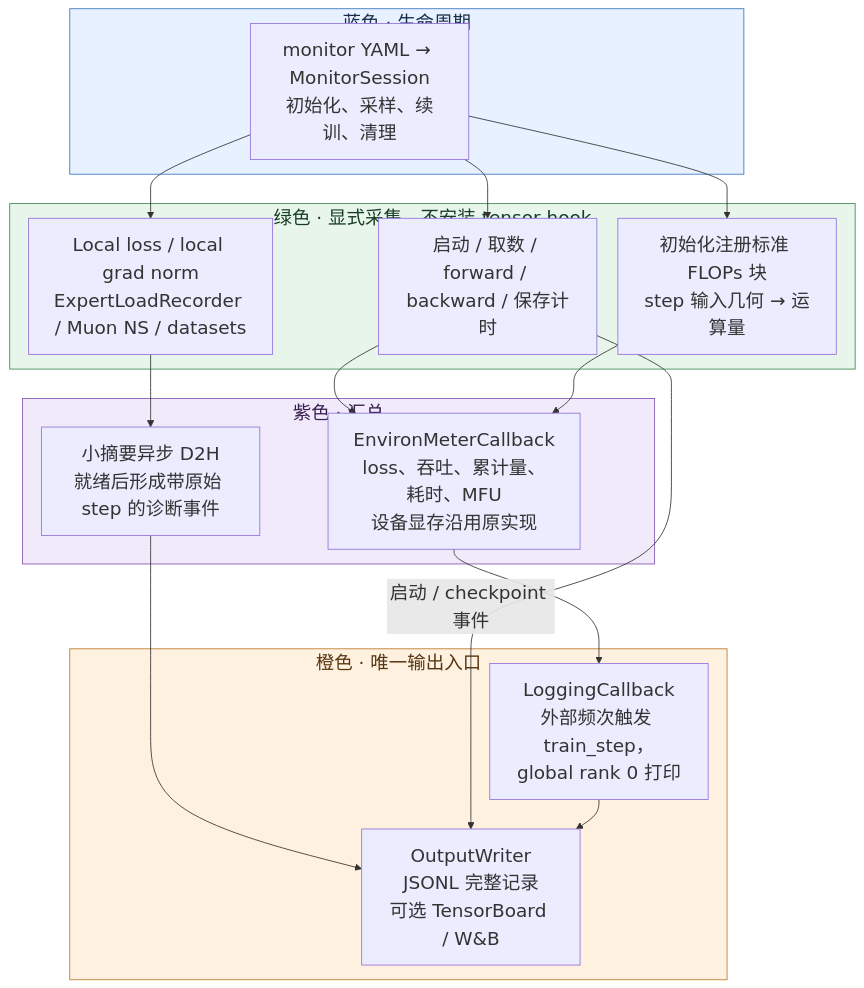
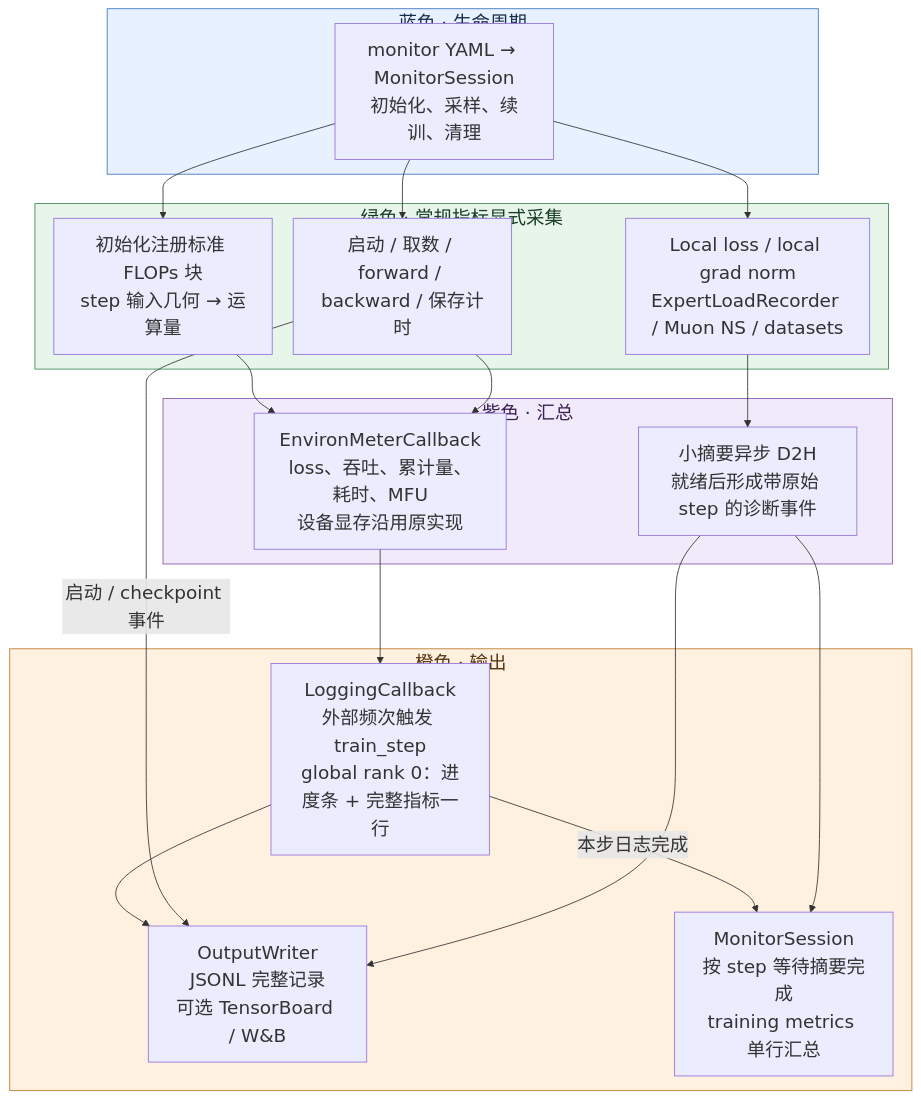
One commit to mindspore-ai/hyper-parallel changed the first of 2 diagrams in docs/design/trainer_monitoring_plan.md. Above: the diagram before and after it, drawn with Mermaid. The commit also changed other lines of this file and 13 other files, not shown here.

First line of the commit message:
feat: simplify monitor configuration and consolidate step logging

````diff
--- a/docs/design/trainer_monitoring_plan.md
+++ b/docs/design/trainer_monitoring_plan.md
@@ -12,29 +12,32 @@
 ```mermaid
 %%{init: {"themeVariables": {"fontSize": "22px"}, "flowchart": {"nodeSpacing": 25, "rankSpacing": 35}}}%%
 flowchart TB
     subgraph CONFIG["蓝色 · 生命周期"]
         C["monitor YAML → MonitorSession<br/>初始化、采样、续训、清理"]
     end
-    subgraph COLLECT["绿色 · 显式采集，不安装 tensor hook"]
+    subgraph COLLECT["绿色 · 常规指标显式采集"]
         T["启动 / 取数 / forward / backward / 保存计时"]
         R["Local loss / local grad norm<br/>ExpertLoadRecorder / Muon NS / datasets"]
         F["初始化注册标准 FLOPs 块<br/>step 输入几何 → 运算量"]
     end
     subgraph METER["紫色 · 汇总"]
         S["小摘要异步 D2H<br/>就绪后形成带原始 step 的诊断事件"]
         E["EnvironMeterCallback<br/>loss、吞吐、累计量、耗时、MFU<br/>设备显存沿用原实现"]
     end
-    subgraph OUTPUT["橙色 · 唯一输出入口"]
-        L["LoggingCallback<br/>外部频次触发 train_step，global rank 0 打印"]
+    subgraph OUTPUT["橙色 · 输出"]
+        L["LoggingCallback<br/>外部频次触发 train_step<br/>global rank 0：进度条 + 完整指标一行"]
         W["OutputWriter<br/>JSONL 完整记录<br/>可选 TensorBoard / W&B"]
+        M["MonitorSession<br/>按 step 等待摘要完成<br/>training metrics 单行汇总"]
     end
     C --> T & R & F
     R --> S --> W
+    S --> M
+    L -- "本步日志完成" --> M
     T --> E
     T -- "启动 / checkpoint 事件" --> W
     F --> E --> L --> W
     style CONFIG fill:#e8f1ff,stroke:#3975bd,color:#162d4a
     style COLLECT fill:#e8f5eb,stroke:#3b8751,color:#173d25
     style METER fill:#f1eafb,stroke:#8354ad,color:#39204f
     style OUTPUT fill:#fff1df,stroke:#bb792b,color:#573510
 ```
````
